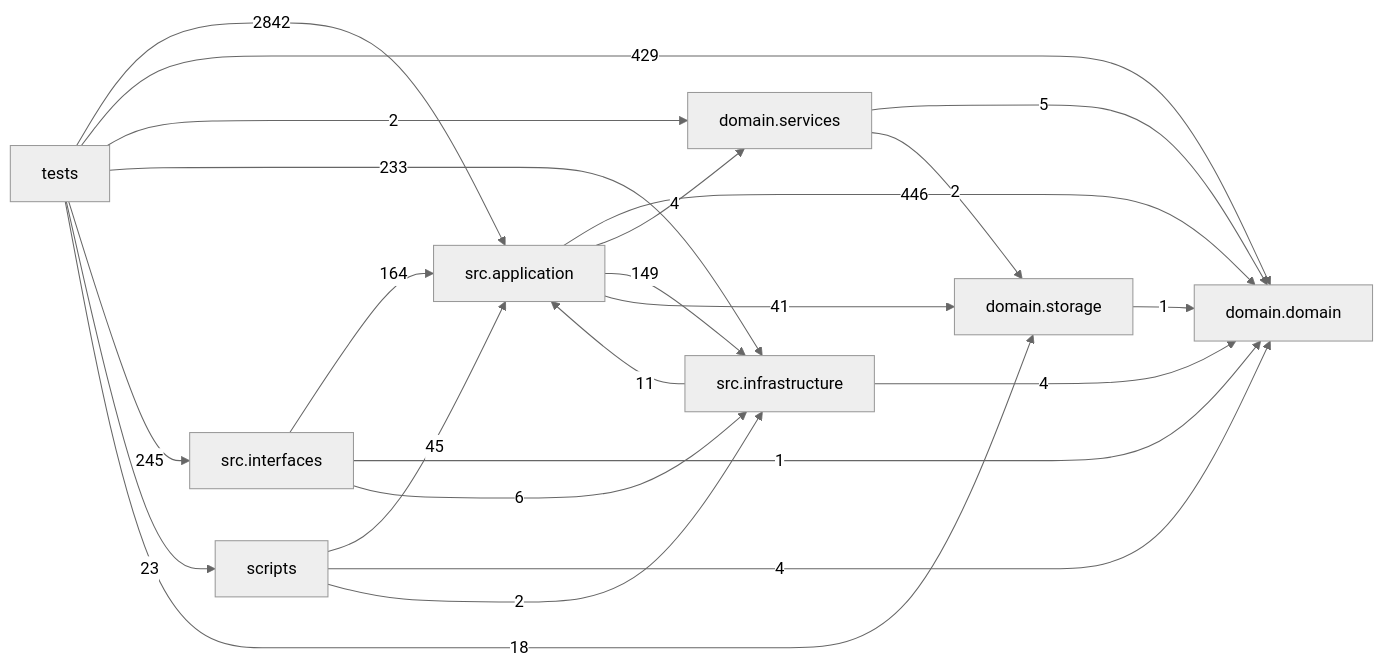
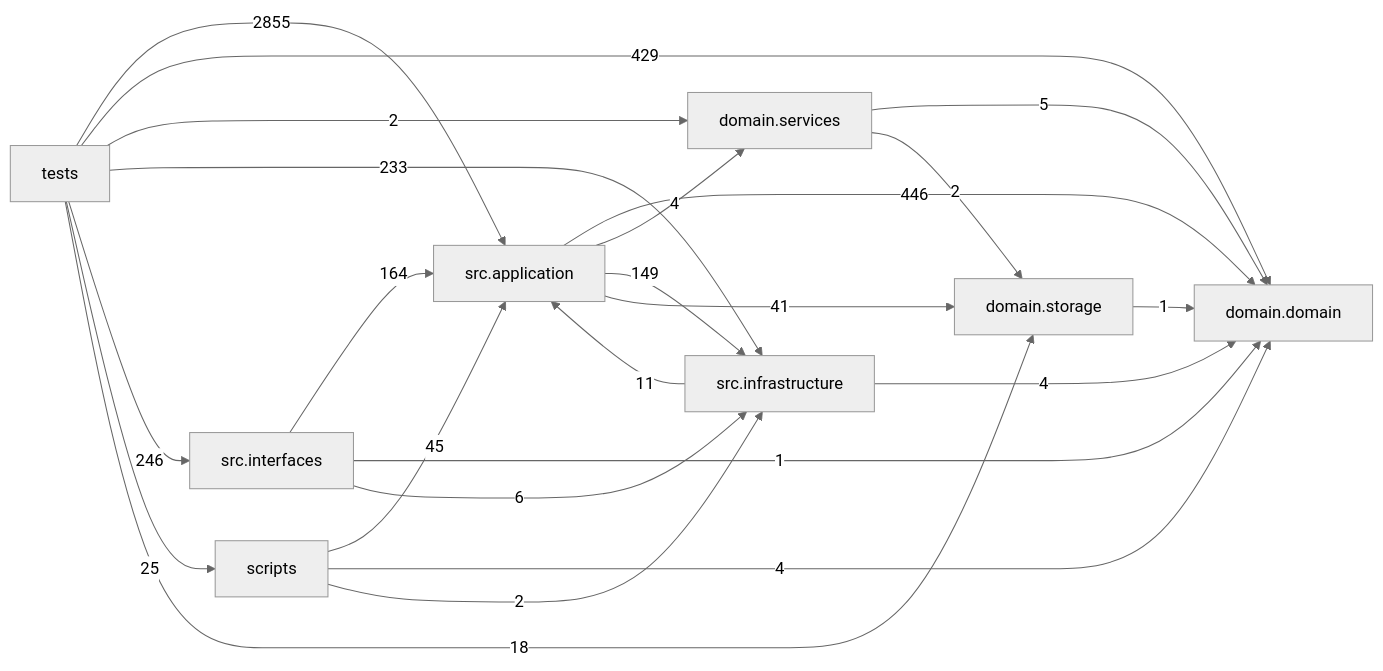
The diagram in docs/DEPENDENCY_GRAPH.md (liuxie066/options-monitor), drawn with Mermaid (neutral theme) before and after one commit. The commit also changed other lines of this file and 22 other files, not shown here.

````diff
--- a/docs/DEPENDENCY_GRAPH.md
+++ b/docs/DEPENDENCY_GRAPH.md
@@ -24,33 +24,33 @@
 ```mermaid
 flowchart LR
   tests["tests"]
   scripts["scripts"]
   interfaces["src.interfaces"]
   application["src.application"]
   infrastructure["src.infrastructure"]
   domain_services["domain.services"]
   domain["domain.domain"]
   storage["domain.storage"]
   application -->|446| domain
   application -->|4| domain_services
   application -->|149| infrastructure
   application -->|41| storage
   domain_services -->|5| domain
   domain_services -->|2| storage
   infrastructure -->|11| application
   infrastructure -->|4| domain
   interfaces -->|164| application
   interfaces -->|1| domain
   interfaces -->|6| infrastructure
   scripts -->|45| application
   scripts -->|4| domain
   scripts -->|2| infrastructure
   storage -->|1| domain
-  tests -->|2842| application
+  tests -->|2855| application
   tests -->|429| domain
   tests -->|2| domain_services
   tests -->|233| infrastructure
-  tests -->|245| interfaces
-  tests -->|23| scripts
+  tests -->|246| interfaces
+  tests -->|25| scripts
   tests -->|18| storage
 ```
````
